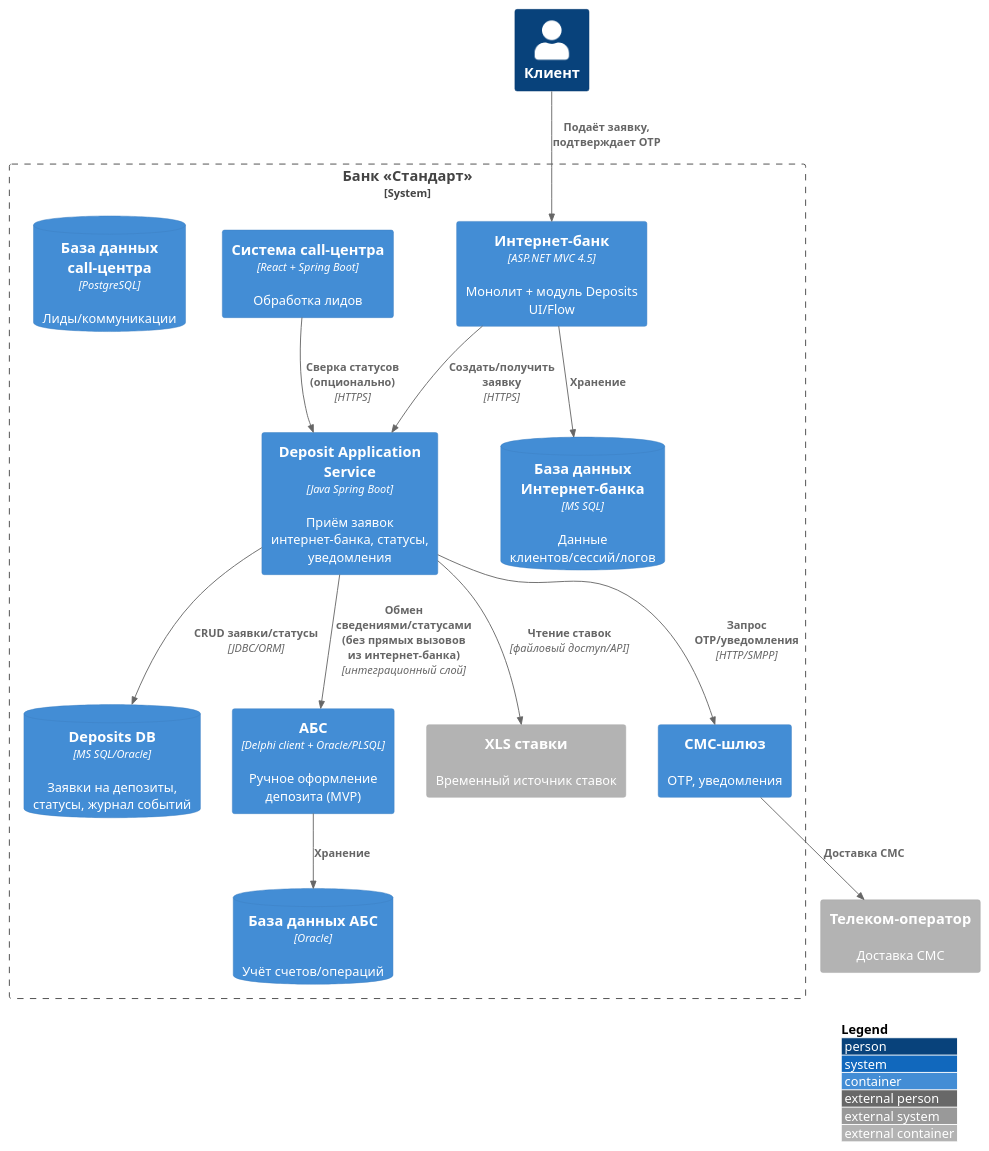
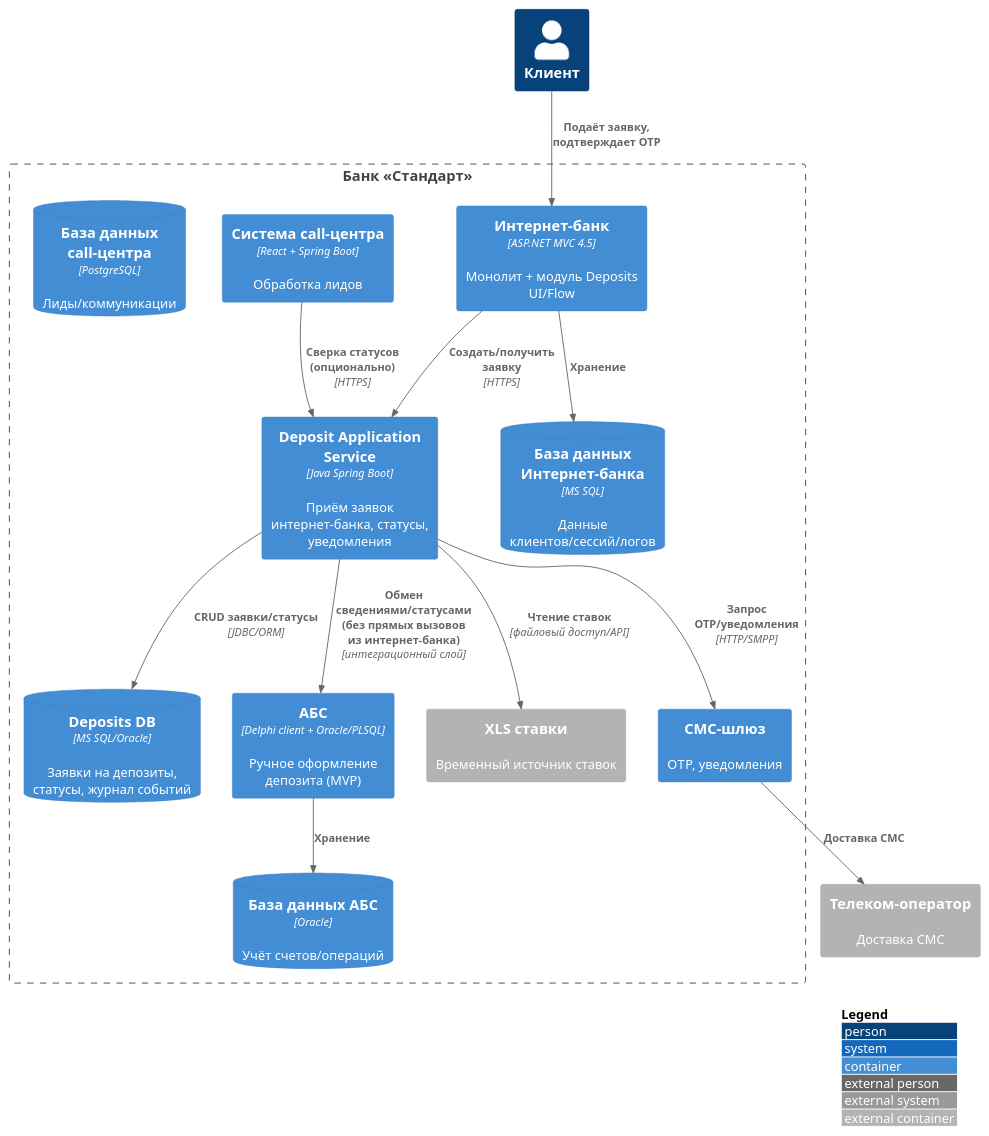
One commit to aymanstepanova/architecture-pro-standart changed the diagram in Task3/deposits_containers.puml. Above: the diagram before and after it, drawn with PlantUML. The commit also changed 3 other files, not shown here.

Commit message:
причесываю предыдущие схемы

```diff
--- a/Task3/deposits_containers.puml
+++ b/Task3/deposits_containers.puml
@@ -1,36 +1,36 @@
 @startuml deposits_containers
 !include ../styles/C4_Container.puml
 LAYOUT_WITH_LEGEND()
 
 Person(customer, "Клиент")
 
-System_Boundary(bank, "Банк «Стандарт»") {
+Boundary(bank, "Банк «Стандарт»") {
   Container(ib, "Интернет-банк", "ASP.NET MVC 4.5", "Монолит + модуль Deposits UI/Flow")
   ContainerDb(ibdb, "База данных Интернет-банка", "MS SQL", "Данные клиентов/сессий/логов")
 
   Container(depSvc, "Deposit Application Service", "Java Spring Boot", "Приём заявок интернет-банка, статусы, уведомления")
   ContainerDb(depDb, "Deposits DB", "MS SQL/Oracle", "Заявки на депозиты, статусы, журнал событий")
 
   Container(cc, "Система call-центра", "React + Spring Boot", "Обработка лидов")
   ContainerDb(ccdb, "База данных call-центра", "PostgreSQL", "Лиды/коммуникации")
 
   Container(sms, "СМС-шлюз", "", "OTP, уведомления")
   Container_Ext(xls, "XLS ставки", "", "Временный источник ставок")
 
   Container(abs, "АБС", "Delphi client + Oracle/PLSQL", "Ручное оформление депозита (MVP)")
   ContainerDb(absdb, "База данных АБС", "Oracle", "Учёт счетов/операций")
 }
 Container_Ext(telco, "Телеком-оператор", "", "Доставка СМС")
 
 Rel(customer, ib, "Подаёт заявку, подтверждает OTP")
 Rel(ib, depSvc, "Создать/получить заявку", "HTTPS")
 Rel(depSvc, depDb, "CRUD заявки/статусы", "JDBC/ORM")
 Rel(depSvc, sms, "Запрос OTP/уведомления", "HTTP/SMPP")
 Rel(sms, telco, "Доставка СМС")
 Rel(cc, depSvc, "Сверка статусов (опционально)", "HTTPS")
 Rel(depSvc, abs, "Обмен сведениями/статусами\n(без прямых вызовов из интернет-банка)", "интеграционный слой")
 Rel(abs, absdb, "Хранение")
 Rel(depSvc, xls, "Чтение ставок", "файловый доступ/API")
 Rel(ib, ibdb, "Хранение")
 
 @enduml
```
